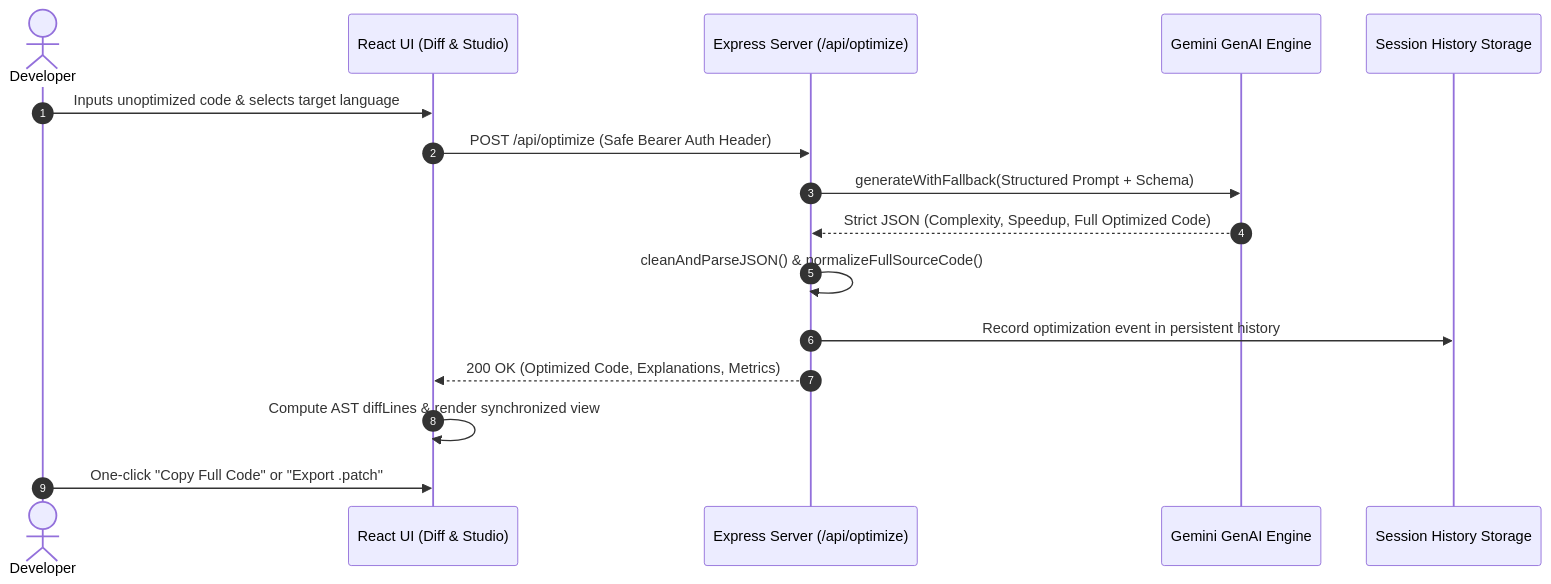
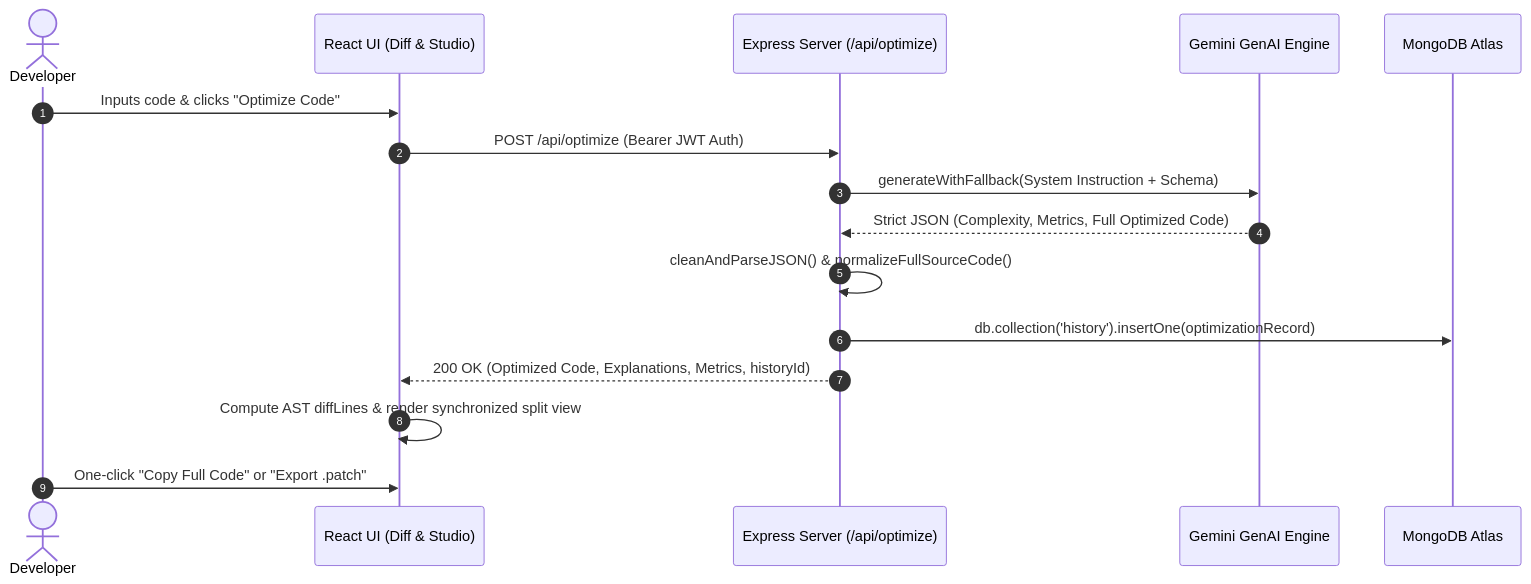
The diagram in README.md (Samarssj/OptimizerOS), drawn with Mermaid before and after one commit. The commit also changed other lines of this file and 1 other file, not shown here.

First line of the commit message:
docs: update README and add Render deployment config

````diff
--- a/README.md
+++ b/README.md
@@ -109,19 +115,19 @@
 ```mermaid
 sequenceDiagram
     autonumber
     actor Dev as Developer
     participant UI as React UI (Diff & Studio)
     participant Svr as Express Server (/api/optimize)
     participant AI as Gemini GenAI Engine
-    participant DB as Session History Storage
+    participant DB as MongoDB Atlas
 
-    Dev->>UI: Inputs unoptimized code & selects target language
-    UI->>Svr: POST /api/optimize (Safe Bearer Auth Header)
-    Svr->>AI: generateWithFallback(Structured Prompt + Schema)
-    AI-->>Svr: Strict JSON (Complexity, Speedup, Full Optimized Code)
+    Dev->>UI: Inputs code & clicks "Optimize Code"
+    UI->>Svr: POST /api/optimize (Bearer JWT Auth)
+    Svr->>AI: generateWithFallback(System Instruction + Schema)
+    AI-->>Svr: Strict JSON (Complexity, Metrics, Full Optimized Code)
     Svr->>Svr: cleanAndParseJSON() & normalizeFullSourceCode()
-    Svr->>DB: Record optimization event in persistent history
-    Svr-->>UI: 200 OK (Optimized Code, Explanations, Metrics)
-    UI->>UI: Compute AST diffLines & render synchronized view
+    Svr->>DB: db.collection('history').insertOne(optimizationRecord)
+    Svr-->>UI: 200 OK (Optimized Code, Explanations, Metrics, historyId)
+    UI->>UI: Compute AST diffLines & render synchronized split view
     Dev->>UI: One-click "Copy Full Code" or "Export .patch"
 ```
````
